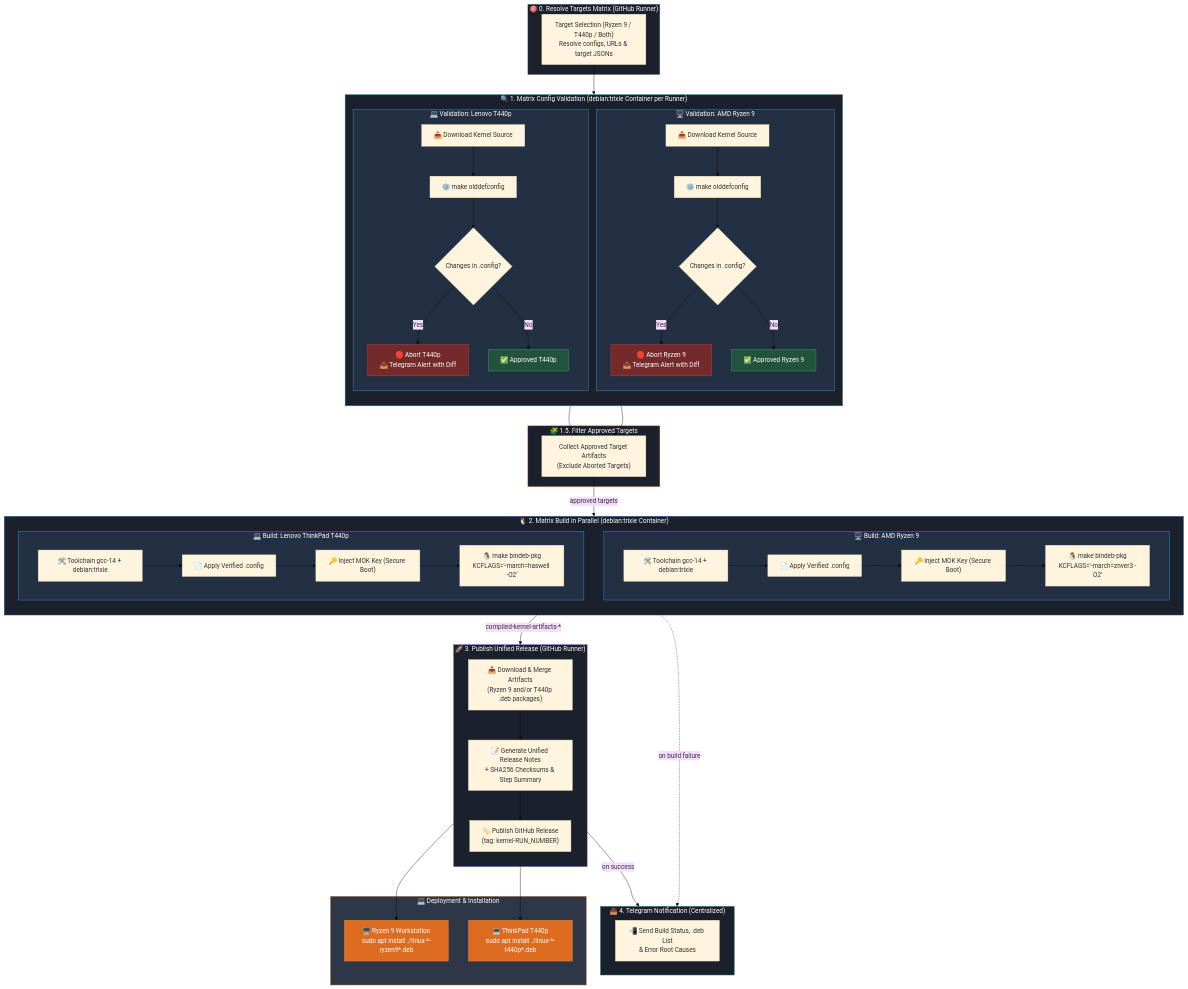
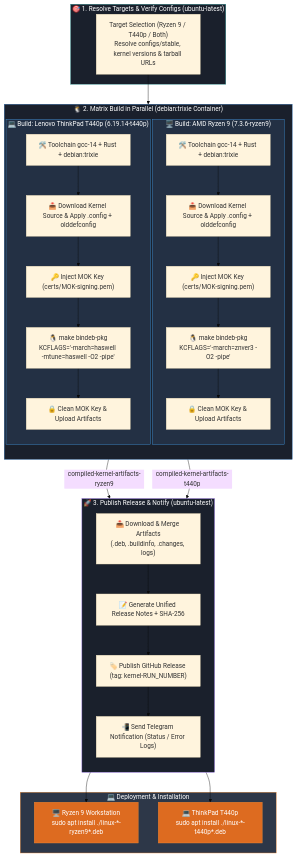
Before and after one commit to azagramac/linux-kernel: the diagram in README.md, drawn with Mermaid (base theme). The commit also changed other lines of this file, not shown here.

Commit message:
docs(readme): align documentation and CI diagram with stable configs (7.3.6-ryzen9 & 6.19.14-t440p)

````diff
--- a/README.md
+++ b/README.md
@@ -37,57 +37,36 @@
 ```mermaid
 flowchart TD
-    subgraph Job0["🎯 0. Resolve Targets Matrix (GitHub Runner)"]
-        A0["Target Selection (Ryzen 9 / T440p / Both)<br/>Resolve configs, URLs & target JSONs"]
-    end
-
-    subgraph Job1["🔍 1. Matrix Config Validation (debian:trixie Container per Runner)"]
-        direction TB
-        subgraph ValRyzen["🖥️ Validation: AMD Ryzen 9"]
-            V1_R["📥 Download Kernel Source"] --> V2_R["⚙️ make olddefconfig"]
-            V2_R --> V3_R{"Changes in .config?"}
-            V3_R -- "Yes" --> V4_R["🛑 Abort Ryzen 9<br/>📤 Telegram Alert with Diff"]
-            V3_R -- "No" --> V5_R["✅ Approved Ryzen 9"]
-        end
-        subgraph ValT440p["💻 Validation: Lenovo T440p"]
-            V1_L["📥 Download Kernel Source"] --> V2_L["⚙️ make olddefconfig"]
-            V2_L --> V3_L{"Changes in .config?"}
-            V3_L -- "Yes" --> V4_L["🛑 Abort T440p<br/>📤 Telegram Alert with Diff"]
-            V3_L -- "No" --> V5_L["✅ Approved T440p"]
-        end
-    end
-
-    subgraph Job15["🧩 1.5. Filter Approved Targets"]
-        F1["Collect Approved Target Artifacts<br/>(Exclude Aborted Targets)"]
+    subgraph Job1["🎯 1. Resolve Targets & Verify Configs (ubuntu-latest)"]
+        A0["Target Selection (Ryzen 9 / T440p / Both)<br/>Resolve configs/stable, kernel versions & tarball URLs"]
     end
 
     subgraph Job2["🐧 2. Matrix Build in Parallel (debian:trixie Container)"]
         direction TB
-        subgraph MatrixRyzen["🖥️ Build: AMD Ryzen 9"]
-            B1_R["🛠️ Toolchain gcc-14 + debian:trixie"]
-            B2_R["📄 Apply Verified .config"]
-            B3_R["🔑 Inject MOK Key (Secure Boot)"]
-            B4_R["🐧 make bindeb-pkg<br/>KCFLAGS='-march=znver3 -O2'"]
-            B1_R --> B2_R --> B3_R --> B4_R
+        subgraph MatrixRyzen["🖥️ Build: AMD Ryzen 9 (7.3.6-ryzen9)"]
+            B1_R["🛠️ Toolchain gcc-14 + Rust + debian:trixie"]
+            B2_R["📥 Download Kernel Source & Apply .config + olddefconfig"]
+            B3_R["🔑 Inject MOK Key (certs/MOK-signing.pem)"]
+            B4_R["🐧 make bindeb-pkg<br/>KCFLAGS='-march=znver3 -O2 -pipe'"]
+            B5_R["🔒 Clean MOK Key & Upload Artifacts"]
+            B1_R --> B2_R --> B3_R --> B4_R --> B5_R
         end
-        subgraph MatrixT440p["💻 Build: Lenovo ThinkPad T440p"]
-            B1_L["🛠️ Toolchain gcc-14 + debian:trixie"]
-            B2_L["📄 Apply Verified .config"]
-            B3_L["🔑 Inject MOK Key (Secure Boot)"]
-            B4_L["🐧 make bindeb-pkg<br/>KCFLAGS='-march=haswell -O2'"]
-            B1_L --> B2_L --> B3_L --> B4_L
+        subgraph MatrixT440p["💻 Build: Lenovo ThinkPad T440p (6.19.14-t440p)"]
+            B1_L["🛠️ Toolchain gcc-14 + Rust + debian:trixie"]
+            B2_L["📥 Download Kernel Source & Apply .config + olddefconfig"]
+            B3_L["🔑 Inject MOK Key (certs/MOK-signing.pem)"]
+            B4_L["🐧 make bindeb-pkg<br/>KCFLAGS='-march=haswell -mtune=haswell -O2 -pipe'"]
+            B5_L["🔒 Clean MOK Key & Upload Artifacts"]
+            B1_L --> B2_L --> B3_L --> B4_L --> B5_L
         end
     end
 
-    subgraph Job3["🚀 3. Publish Unified Release (GitHub Runner)"]
+    subgraph Job3["🚀 3. Publish Release & Notify (ubuntu-latest)"]
         direction TB
-        C1["📥 Download & Merge Artifacts<br/>(Ryzen 9 and/or T440p .deb packages)"]
-        C2["📝 Generate Unified Release Notes<br/>+ SHA256 Checksums & Step Summary"]
-        C3["🏷️ Publish GitHub Release<br/>(tag: kernel-RUN_NUMBER)"]
-        C1 --> C2 --> C3
-    end
-
-    subgraph Job4["📤 4. Telegram Notification (Centralized)"]
-        D1["📲 Send Build Status, .deb List<br/>& Error Root Causes"]
+        C1["📥 Download & Merge Artifacts<br/>(.deb, .buildinfo, .changes, logs)"]
+        C2["📝 Generate Unified Release Notes + SHA-256"]
+        C3["🏷️ Publish GitHub Release (tag: kernel-RUN_NUMBER)"]
+        C4["📲 Send Telegram Notification (Status / Error Logs)"]
+        C1 --> C2 --> C3 --> C4
     end
 
     subgraph Deploy["💻 Deployment & Installation"]
@@ -95,30 +74,17 @@
         E2["💻 ThinkPad T440p<br/>sudo apt install ./linux-*-t440p*.deb"]
     end
 
-    A0 --> Job1
-    V5_R --> F1
-    V5_L --> F1
-    F1 -->|"approved targets"| Job2
-    Job2 -->|"compiled-kernel-artifacts-*"| Job3
-    Job3 -->|"on success"| Job4
-    Job2 -.->|"on build failure"| Job4
+    A0 --> Job2
+    B5_R -->|"compiled-kernel-artifacts-ryzen9"| C1
+    B5_L -->|"compiled-kernel-artifacts-t440p"| C1
     C3 --> E1
     C3 --> E2
 
-    style Job0 fill:#1a202c,stroke:#718096,color:#fff
     style Job1 fill:#1a202c,stroke:#319795,color:#fff
-    style ValRyzen fill:#233044,stroke:#4299e1,color:#fff
-    style ValT440p fill:#233044,stroke:#4299e1,color:#fff
-    style V4_R fill:#742a2a,stroke:#e53e3e,color:#fff
-    style V4_L fill:#742a2a,stroke:#e53e3e,color:#fff
-    style V5_R fill:#22543d,stroke:#38a169,color:#fff
-    style V5_L fill:#22543d,stroke:#38a169,color:#fff
-    style Job15 fill:#1a202c,stroke:#dd6b20,color:#fff
     style Job2 fill:#1a202c,stroke:#2b6cb0,color:#fff
     style MatrixRyzen fill:#233044,stroke:#4299e1,color:#fff
     style MatrixT440p fill:#233044,stroke:#4299e1,color:#fff
     style Job3 fill:#1a202c,stroke:#805ad5,color:#fff
-    style Job4 fill:#1a202c,stroke:#38a169,color:#fff
     style Deploy fill:#2d3748,stroke:#ed8936,color:#fff
     style E1 fill:#dd6b20,stroke:#ed8936,color:#fff
     style E2 fill:#dd6b20,stroke:#ed8936,color:#fff
````
